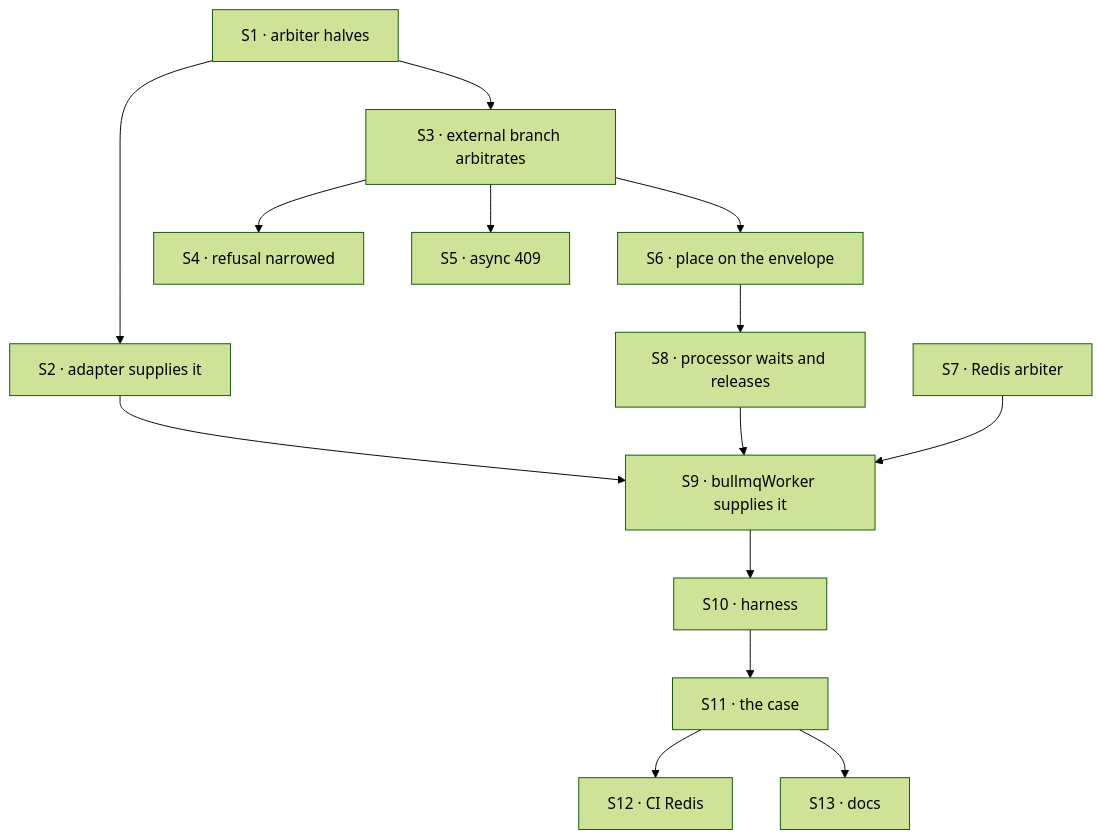
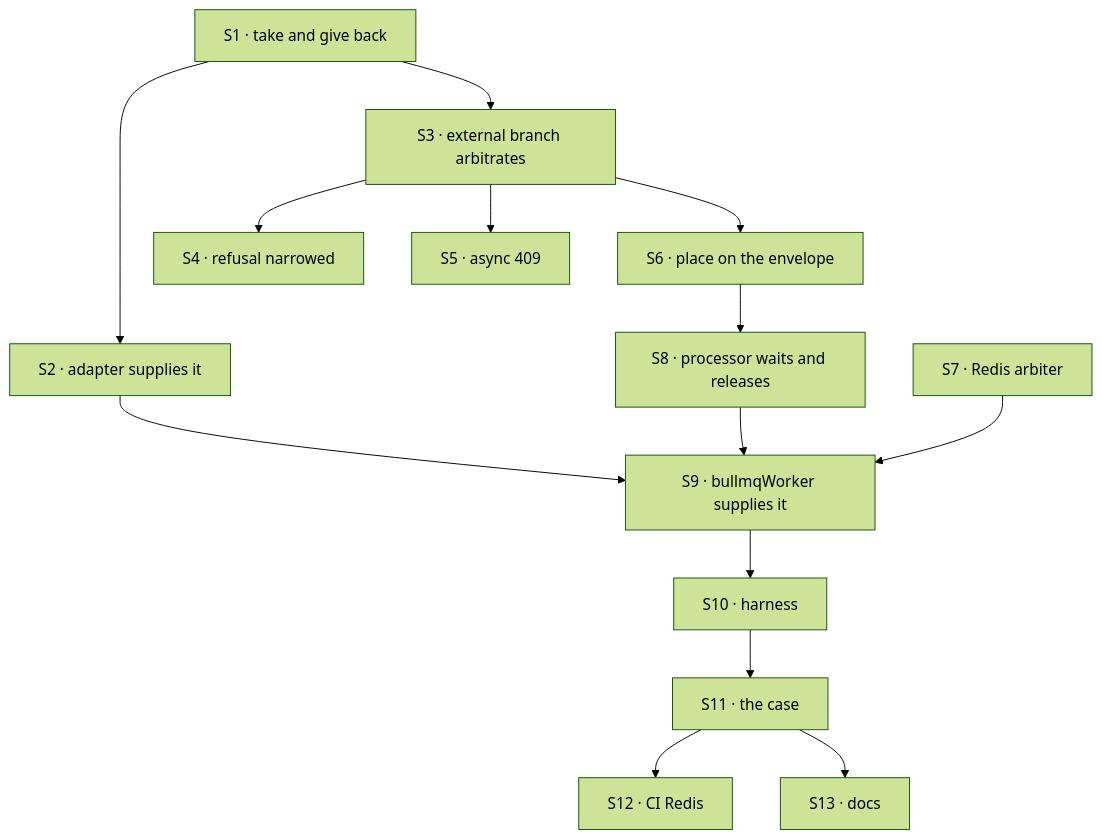
Before and after one commit to fixpoint-labs/flow-state-dev: the diagram in specs/issues/FIX-1634/PLAN.md, drawn with Mermaid (forest theme). The commit also changed other lines of this file and 6 other files, not shown here.

````diff
--- a/specs/issues/FIX-1634/PLAN.md
+++ b/specs/issues/FIX-1634/PLAN.md
@@ -30,16 +30,16 @@
 ```mermaid
 flowchart TD
-  S1["S1 · arbiter halves"] --> S2["S2 · adapter supplies it"]
+  S1["S1 · take and give back"] --> S2["S2 · adapter supplies it"]
   S1 --> S3["S3 · external branch arbitrates"]
   S3 --> S4["S4 · refusal narrowed"]
   S3 --> S5["S5 · async 409"]
   S3 --> S6["S6 · place on the envelope"]
   S2 --> S9["S9 · bullmqWorker supplies it"]
   S6 --> S8["S8 · processor waits and releases"]
   S7["S7 · Redis arbiter"] --> S9
   S8 --> S9
   S9 --> S10["S10 · harness"]
   S10 --> S11["S11 · the case"]
   S11 --> S12["S12 · CI Redis"]
   S11 --> S13["S13 · docs"]
 ```
````
